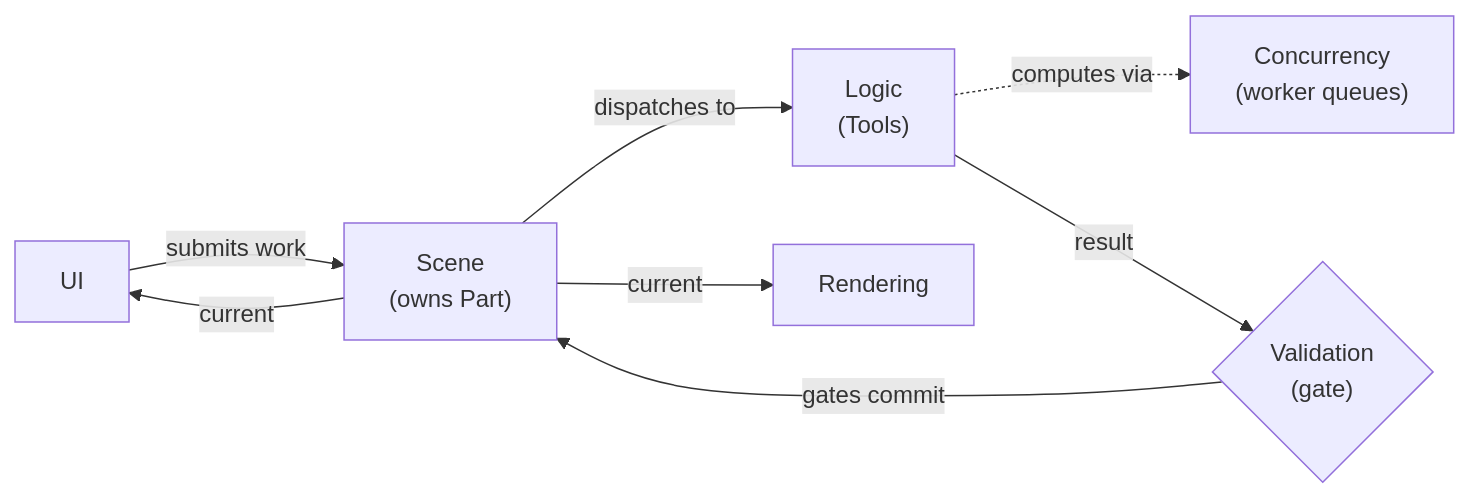
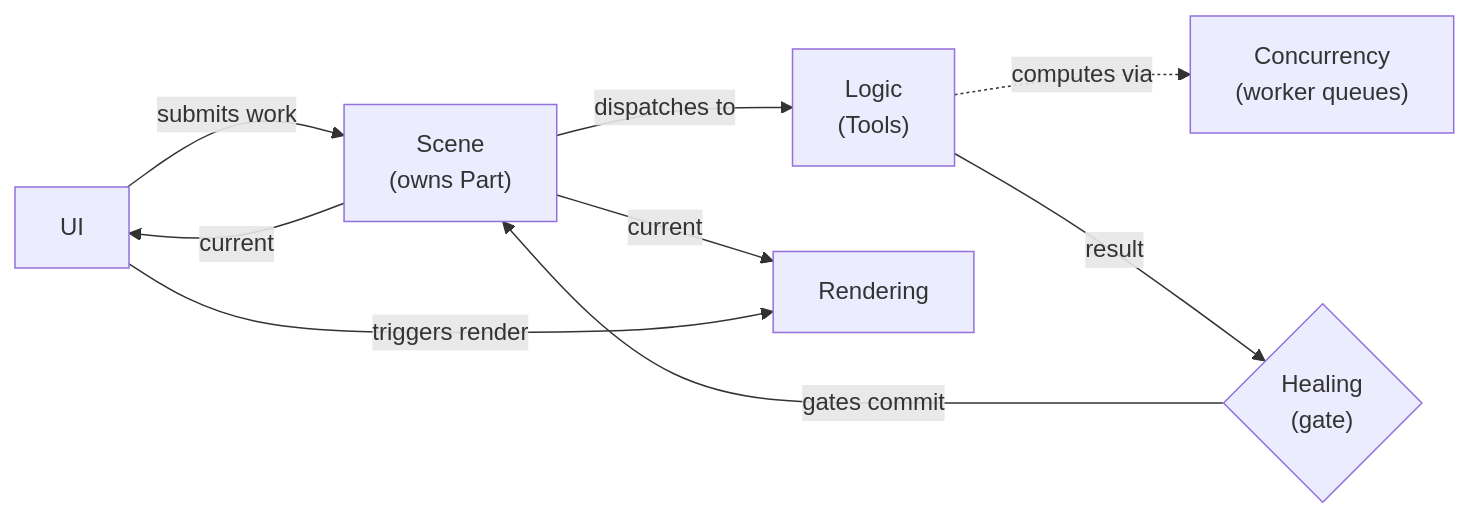
One commit to NikolaiIFedorov/3d-print-analyser changed the first of 6 diagrams in docs/architecture.md. Above: the diagram before and after it, drawn with Mermaid. The commit also changed other lines of this file and 1 other file, not shown here.

````diff
--- a/docs/architecture.md
+++ b/docs/architecture.md
@@ -54,17 +54,18 @@
 ```mermaid
 flowchart LR
     UI["UI"]
     Scene["Scene<br/>(owns Part)"]
     Logic["Logic<br/>(Tools)"]
     Concurrency["Concurrency<br/>(worker queues)"]
-    Validation{"Validation<br/>(gate)"}
+    Healing{"Healing<br/>(gate)"}
     Rendering["Rendering"]
 
     UI -- "submits work" --> Scene
     Scene -- "dispatches to" --> Logic
     Logic -. "computes via" .-> Concurrency
-    Logic -- "result" --> Validation
-    Validation -- "gates commit" --> Scene
+    Logic -- "result" --> Healing
+    Healing -- "gates commit" --> Scene
     Scene -- "current" --> Rendering
     Scene -- "current" --> UI
+    UI -- "triggers render" --> Rendering
 ```
````
